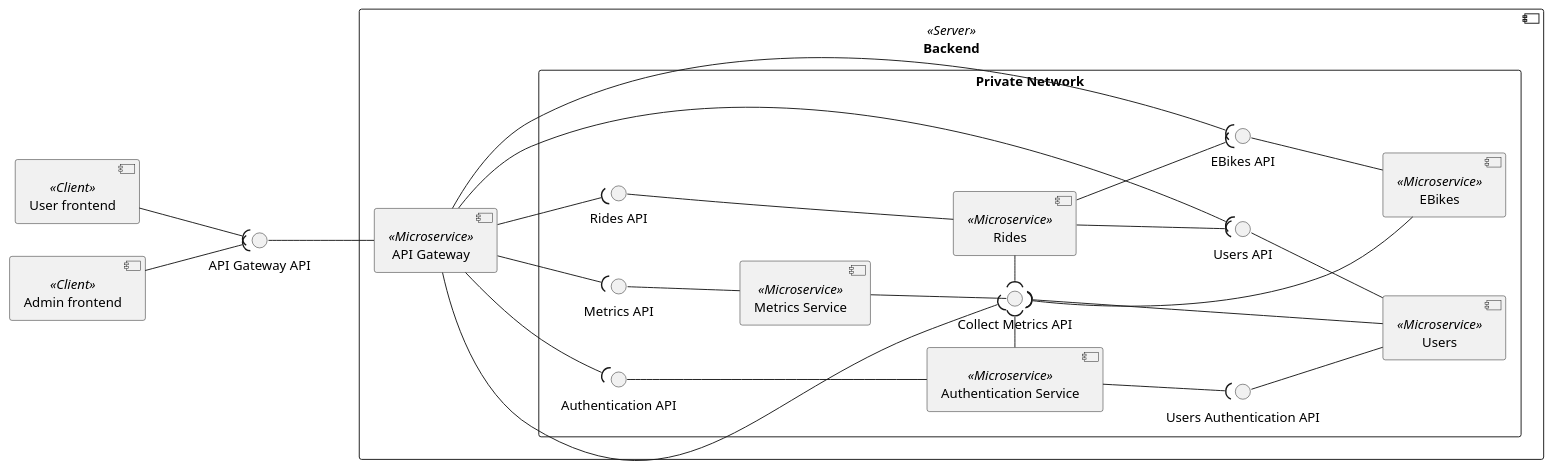
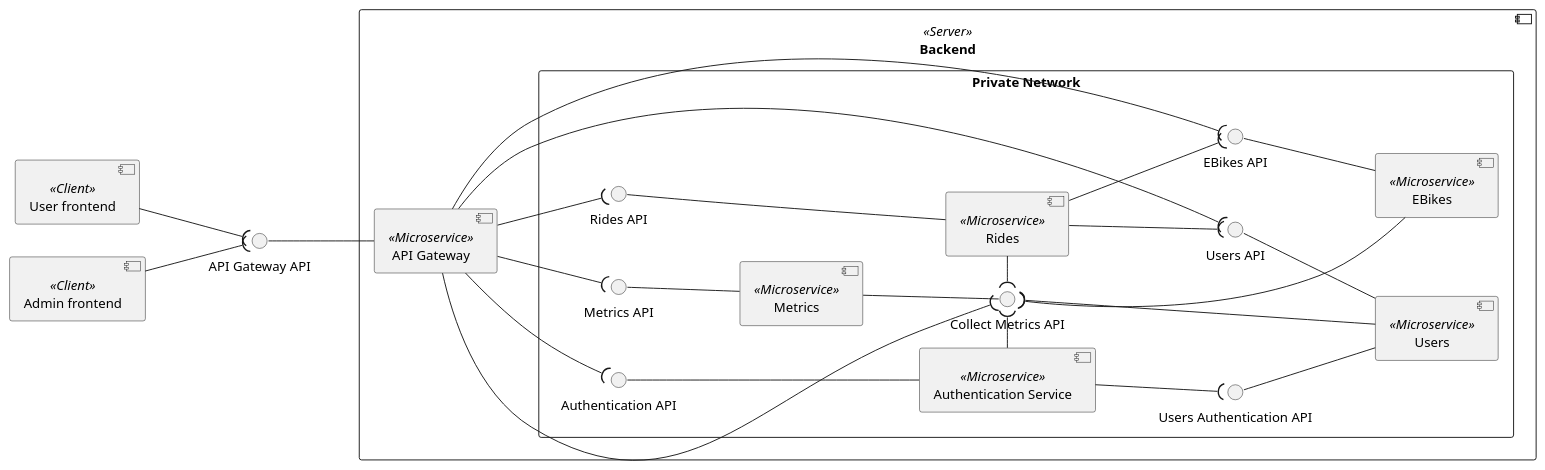
Before and after one commit to Ventus218/SAP-assignment-02: the diagram in doc/diagrams/src/components.puml, drawn with PlantUML. The commit also changed 8 other files, not shown here.

Commit message:
renamed metrics service to metrics

```diff
--- a/doc/diagrams/src/components.puml
+++ b/doc/diagrams/src/components.puml
@@ -1,61 +1,61 @@
 @startuml components
 
 left to right direction
 
 component "User frontend" as UserFE <<Client>>
 component "Admin frontend" as AdminFE <<Client>>
 
 component Backend <<Server>> {
     component "API Gateway" <<Microservice>> as APIGateway
 
     rectangle "Private Network" {
-        component "Metrics Service" <<Microservice>> as MetricsService
+        component "Metrics" <<Microservice>> as Metrics
         interface "Metrics API" as MetricsAPI
         interface "Collect Metrics API" as CollectMetricsAPI
 
         component "EBikes" <<Microservice>> as EBikes
         interface "EBikes API" as EBikesAPI
         
         component "Users" <<Microservice>> as Users
         interface "Users API" as UsersAPI
 
         component "Rides" <<Microservice>> as Rides
         interface "Rides API" as RidesAPI
 
         component "Authentication Service" <<Microservice>> as AuthService
         interface "Authentication API" as AuthAPI
         interface "Users Authentication API" as UserAuthAPI
 
         APIGateway --( MetricsAPI
         APIGateway --( CollectMetricsAPI
-        MetricsService -u-() MetricsAPI
+        Metrics -u-() MetricsAPI
 
-        MetricsService --() CollectMetricsAPI
+        Metrics --() CollectMetricsAPI
 
         APIGateway --( EBikesAPI
         EBikes -u-() EBikesAPI
         EBikes -u-( CollectMetricsAPI
 
         APIGateway --( UsersAPI
         Users -u-() UsersAPI
         Users -u-() UserAuthAPI
         Users -u-( CollectMetricsAPI
 
         APIGateway --( RidesAPI
         Rides --u-() RidesAPI
         Rides --( UsersAPI
         Rides --( EBikesAPI
         Rides -l-( CollectMetricsAPI
 
         APIGateway --( AuthAPI
         AuthService --u-() AuthAPI
         AuthService --( UserAuthAPI
         AuthService -r-( CollectMetricsAPI
     }
 }
 
 APIGateway -u-() "API Gateway API"
 UserFE --( "API Gateway API"
 AdminFE --( "API Gateway API"
 
 @enduml
```
